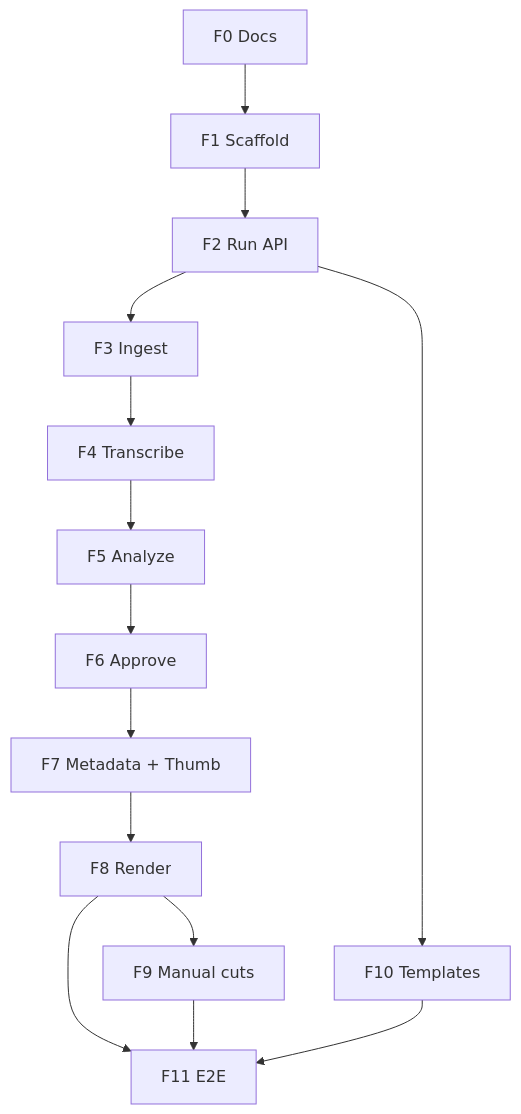
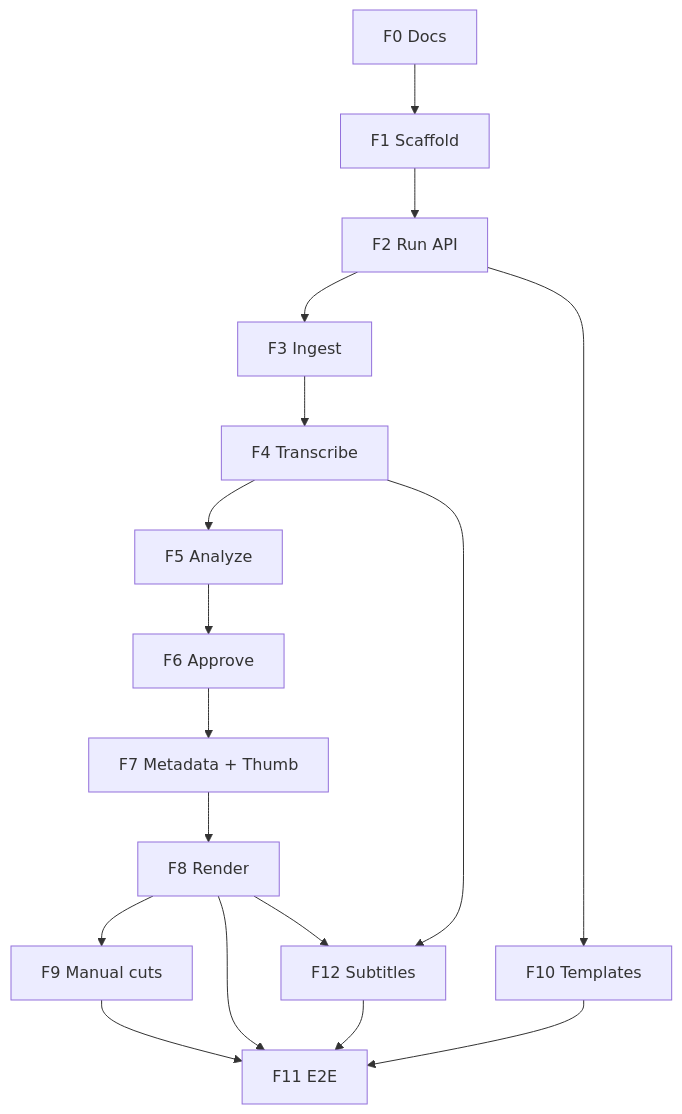
One commit to woragis/cuts changed the diagram in docs/MVP-PHASES.md. Above: the diagram before and after it, drawn with Mermaid. The commit also changed other lines of this file and 4 other files, not shown here.

````diff
--- a/docs/MVP-PHASES.md
+++ b/docs/MVP-PHASES.md
@@ -252,16 +252,19 @@
 ```mermaid
 flowchart TD
   F0[F0 Docs] --> F1[F1 Scaffold]
   F1 --> F2[F2 Run API]
   F2 --> F3[F3 Ingest]
   F3 --> F4[F4 Transcribe]
   F4 --> F5[F5 Analyze]
   F5 --> F6[F6 Approve]
   F6 --> F7[F7 Metadata + Thumb]
   F7 --> F8[F8 Render]
   F8 --> F9[F9 Manual cuts]
   F2 --> F10[F10 Templates]
   F8 --> F11[F11 E2E]
   F9 --> F11
   F10 --> F11
+  F8 --> F12[F12 Subtitles]
+  F4 --> F12
+  F12 --> F11
 ```
````
